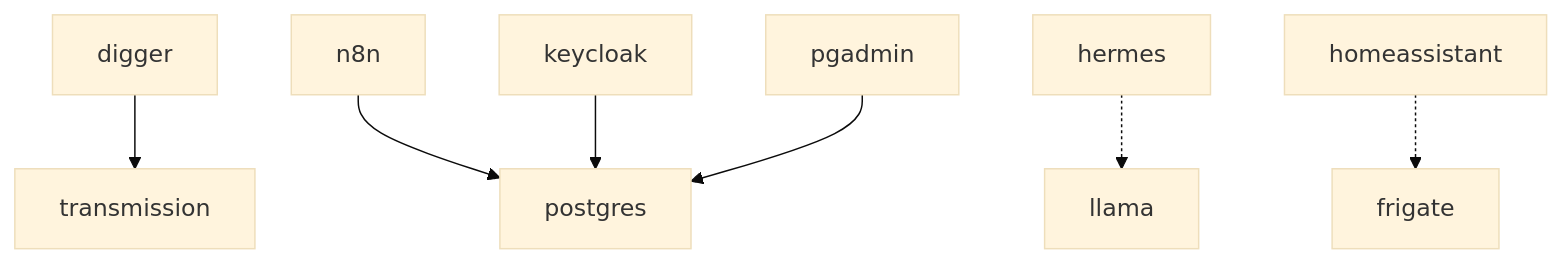
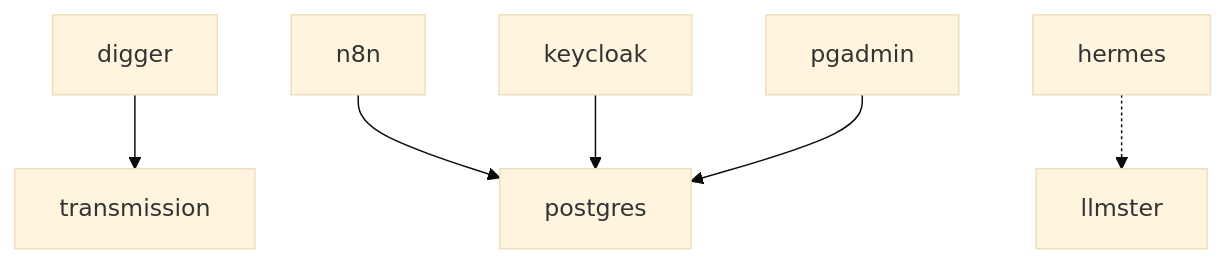
The third of 5 diagrams in docs/architecture.md (mouralx/homelab), drawn with Mermaid (base theme) before and after one commit. The commit also changed other lines of this file and 11 other files, not shown here.

Commit message:
feat: update architecture and configuration for LLMster and Honcho services; add entrypoint scripts

````diff
--- a/docs/architecture.md
+++ b/docs/architecture.md
@@ -217,9 +214,8 @@
 ```mermaid
 flowchart TD
     digger --> transmission
     n8n --> postgres
     keycloak --> postgres
     pgadmin --> postgres
-    hermes -.-> llama
-    homeassistant -.-> frigate
+    hermes -.-> llmster
 ```
````
